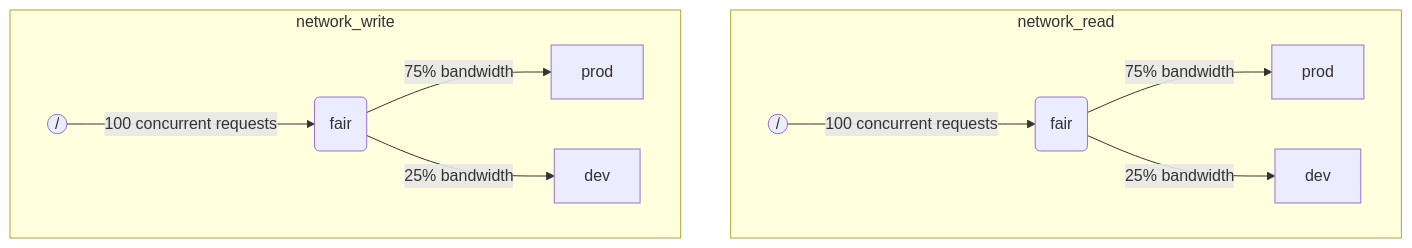
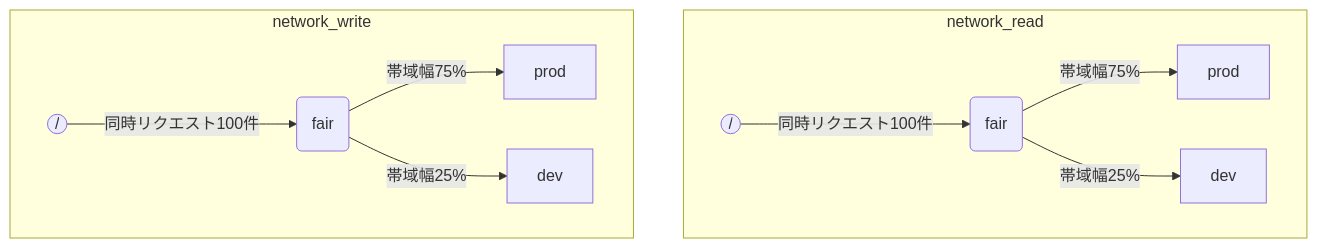
The diagram in i18n/jp/docusaurus-plugin-content-docs/current/operations/workload-scheduling.md (ClickHouse/clickhouse-docs), drawn with Mermaid before and after one commit. The commit also changed other lines of this file and 4639 other files, not shown here.

````diff
--- a/i18n/jp/docusaurus-plugin-content-docs/current/operations/workload-scheduling.md
+++ b/i18n/jp/docusaurus-plugin-content-docs/current/operations/workload-scheduling.md
@@ -93,18 +93,18 @@
 ```mermaid
 graph TD
     subgraph network_read
     nr_root(("/"))
-    -->|100 concurrent requests| nr_fair("fair")
-    -->|75% bandwidth| nr_prod["prod"]
+    -->|同時リクエスト100件| nr_fair("fair")
+    -->|帯域幅75%| nr_prod["prod"]
     nr_fair
-    -->|25% bandwidth| nr_dev["dev"]
+    -->|帯域幅25%| nr_dev["dev"]
     end
 
     subgraph network_write
     nw_root(("/"))
-    -->|100 concurrent requests| nw_fair("fair")
-    -->|75% bandwidth| nw_prod["prod"]
+    -->|同時リクエスト100件| nw_fair("fair")
+    -->|帯域幅75%| nw_prod["prod"]
     nw_fair
-    -->|25% bandwidth| nw_dev["dev"]
+    -->|帯域幅25%| nw_dev["dev"]
     end
 ```
````
